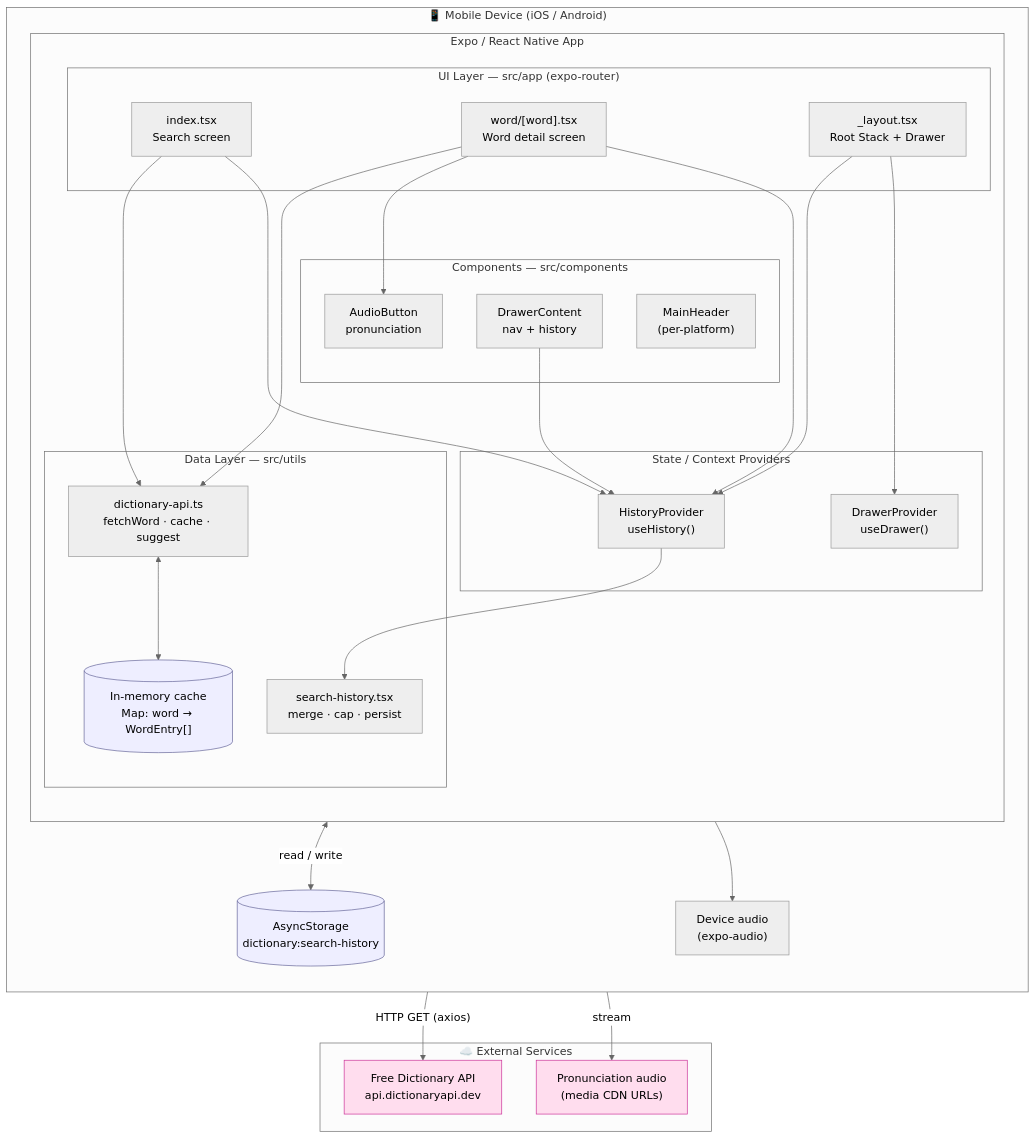
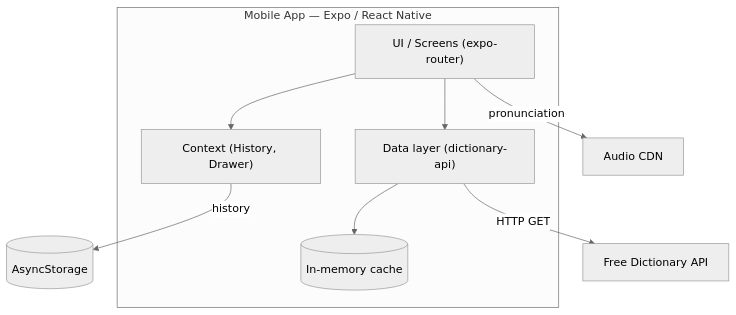
One commit to Irere123/expo-template changed the first of 2 diagrams in docs/architecture.md. Above: the diagram before and after it, drawn with Mermaid (neutral theme). The commit also changed other lines of this file and 5 other files, not shown here.

First line of the commit message:
docs: tighten prose and make diagrams Excalidraw-friendly

````diff
--- a/docs/architecture.md
+++ b/docs/architecture.md
@@ -5,61 +5,19 @@
 ```mermaid
 flowchart TB
-    subgraph Device["📱 Mobile Device (iOS / Android)"]
-        direction TB
+  subgraph App["Mobile App — Expo / React Native"]
+    UI["UI / Screens (expo-router)"]
+    Ctx["Context (History, Drawer)"]
+    Data["Data layer (dictionary-api)"]
+    Cache[("In-memory cache")]
+  end
+  Storage[("AsyncStorage")]
+  DictAPI["Free Dictionary API"]
+  CDN["Audio CDN"]
 
-        subgraph App["Expo / React Native App"]
-            direction TB
-
-            subgraph UI["UI Layer — src/app (expo-router)"]
-                Root["_layout.tsx\nRoot Stack + Drawer"]
-                Search["index.tsx\nSearch screen"]
-                Word["word/[word].tsx\nWord detail screen"]
-            end
-
-            subgraph Comp["Components — src/components"]
-                Drawer["DrawerContent\nnav + history"]
-                Audio["AudioButton\npronunciation"]
-                Header["MainHeader\n(per-platform)"]
-            end
-
-            subgraph State["State / Context Providers"]
-                HistoryCtx["HistoryProvider\nuseHistory()"]
-                DrawerCtx["DrawerProvider\nuseDrawer()"]
-            end
-
-            subgraph Data["Data Layer — src/utils"]
-                API["dictionary-api.ts\nfetchWord · cache · suggest"]
-                Cache[("In-memory cache\nMap: word → WordEntry[]")]
-                Hist["search-history.tsx\nmerge · cap · persist"]
-            end
-        end
-
-        Storage[("AsyncStorage\ndictionary:search-history")]
-        AudioHW["Device audio\n(expo-audio)"]
-    end
-
-    subgraph Cloud["☁️ External Services"]
-        DictAPI["Free Dictionary API\napi.dictionaryapi.dev"]
-        CDN["Pronunciation audio\n(media CDN URLs)"]
-    end
-
-    Search --> API
-    Word --> API
-    Word --> Audio
-    Root --> HistoryCtx & DrawerCtx
-    Drawer --> HistoryCtx
-    Search --> HistoryCtx
-    Word --> HistoryCtx
-
-    API <--> Cache
-    API -->|"HTTP GET (axios)"| DictAPI
-    Hist <-->|read / write| Storage
-    HistoryCtx --> Hist
-    Audio -->|stream| CDN
-    Audio --> AudioHW
-
-    classDef ext fill:#fde,stroke:#c39,color:#000
-    classDef store fill:#eef,stroke:#669,color:#000
-    class DictAPI,CDN ext
-    class Cache,Storage store
+  UI --> Ctx
+  UI --> Data
+  Data --> Cache
+  Data -->|HTTP GET| DictAPI
+  Ctx -->|history| Storage
+  UI -->|pronunciation| CDN
 ```
````
